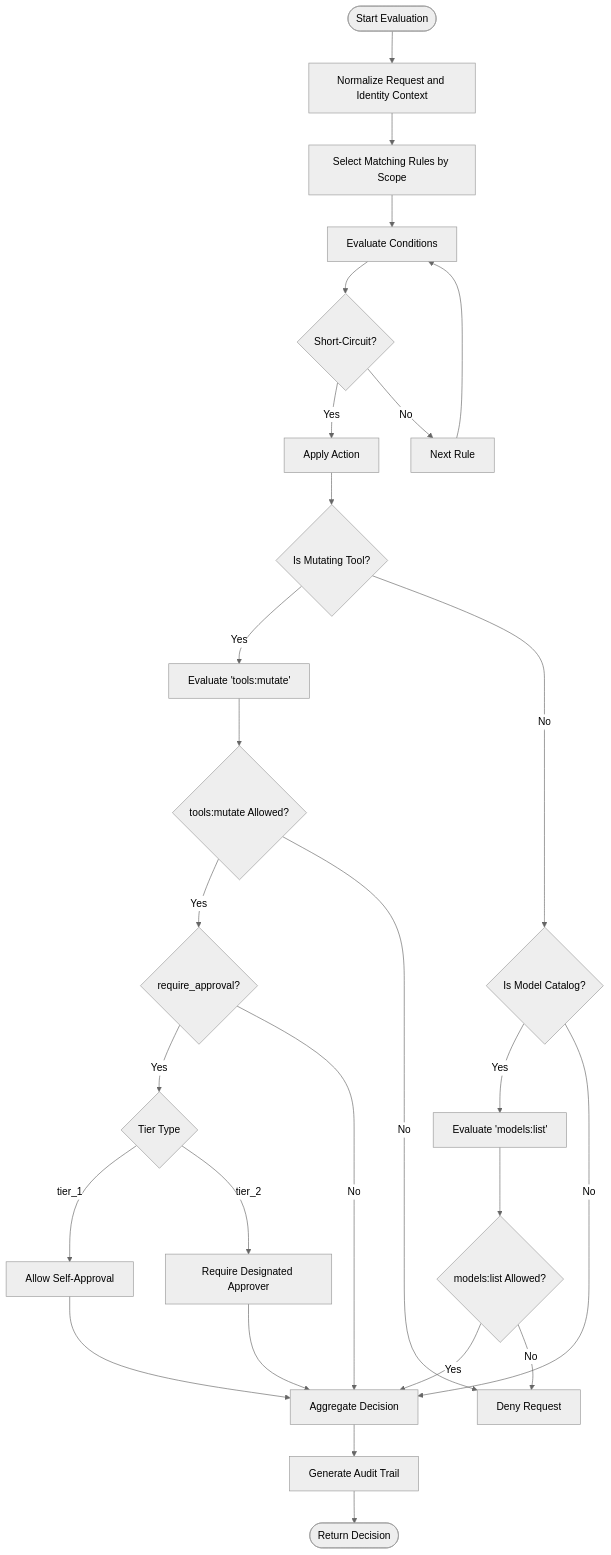
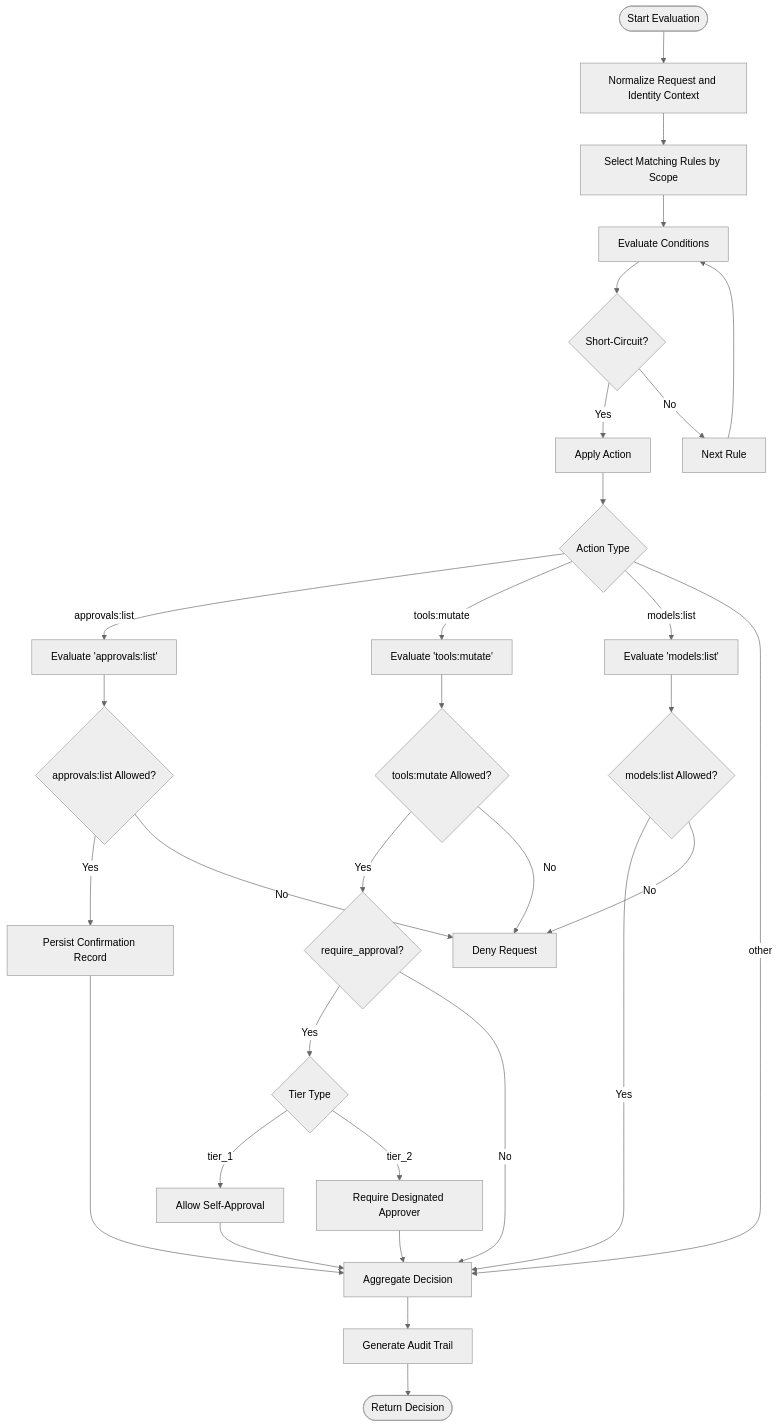
Before and after one commit to metasync/luban-aiops: the third of 5 diagrams in .qoder/repowiki/en/content/Policy Management/Policy Management.md, drawn with Mermaid (neutral theme). The commit also changed other lines of this file and 36 other files, not shown here.

````diff
--- a/.qoder/repowiki/en/content/Policy Management/Policy Management.md
+++ b/.qoder/repowiki/en/content/Policy Management/Policy Management.md
@@ -390,29 +418,33 @@
 ```mermaid
 flowchart TD
 Start(["Start Evaluation"]) --> Normalize["Normalize Request and Identity Context"]
 Normalize --> SelectRules["Select Matching Rules by Scope"]
 SelectRules --> EvaluateConditions["Evaluate Conditions"]
 EvaluateConditions --> ShortCircuit{"Short-Circuit?"}
 ShortCircuit --> |Yes| ApplyAction["Apply Action"]
 ShortCircuit --> |No| NextRule["Next Rule"]
 NextRule --> EvaluateConditions
-ApplyAction --> CheckRiskTier{"Is Mutating Tool?"}
-CheckRiskTier --> |Yes| MutateCheck["Evaluate 'tools:mutate'"]
-CheckRiskTier --> |No| CheckModels{"Is Model Catalog?"}
-CheckModels --> |Yes| ModelsCheck["Evaluate 'models:list'"]
-CheckModels --> |No| Aggregate["Aggregate Decision"]
-ModelsCheck --> ModelsDecision{"models:list Allowed?"}
-ModelsDecision --> |Yes| Aggregate
-ModelsDecision --> |No| Deny["Deny Request"]
+ApplyAction --> CheckAction{"Action Type"}
+CheckAction --> |approvals:list| InboxCheck["Evaluate 'approvals:list'"]
+CheckAction --> |tools:mutate| MutateCheck["Evaluate 'tools:mutate'"]
+CheckAction --> |models:list| ModelsCheck["Evaluate 'models:list'"]
+CheckAction --> |other| Aggregate["Aggregate Decision"]
+InboxCheck --> InboxDecision{"approvals:list Allowed?"}
+InboxDecision --> |Yes| Persist["Persist Confirmation Record"]
+InboxDecision --> |No| Deny["Deny Request"]
 MutateCheck --> MutateDecision{"tools:mutate Allowed?"}
 MutateDecision --> |Yes| CheckApproval{"require_approval?"}
 MutateDecision --> |No| Deny
+ModelsCheck --> ModelsDecision{"models:list Allowed?"}
+ModelsDecision --> |Yes| Aggregate
+ModelsDecision --> |No| Deny
 CheckApproval --> |Yes| TierCheck{"Tier Type"}
 CheckApproval --> |No| Aggregate
 TierCheck --> |tier_1| SelfApproval["Allow Self-Approval"]
 TierCheck --> |tier_2| DesignatedApprover["Require Designated Approver"]
 SelfApproval --> Aggregate
 DesignatedApprover --> Aggregate
+Persist --> Aggregate
 Aggregate --> Audit["Generate Audit Trail"]
 Audit --> End(["Return Decision"])
 ```
````
